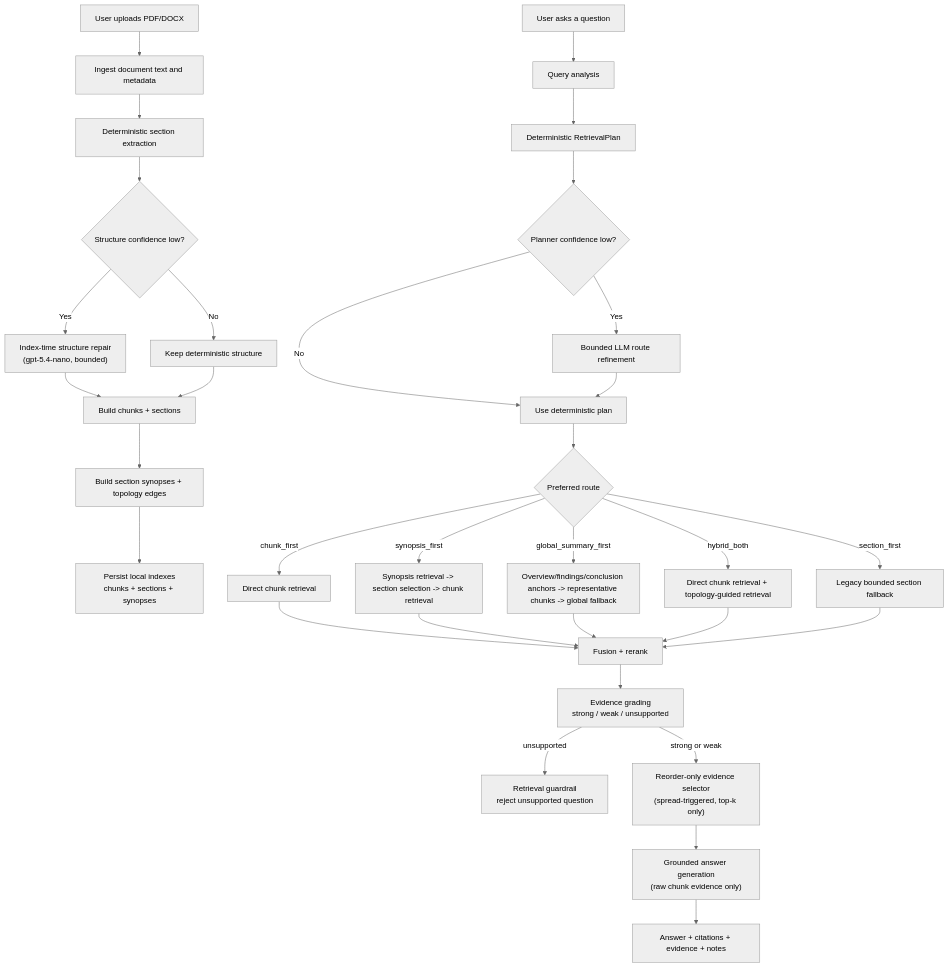
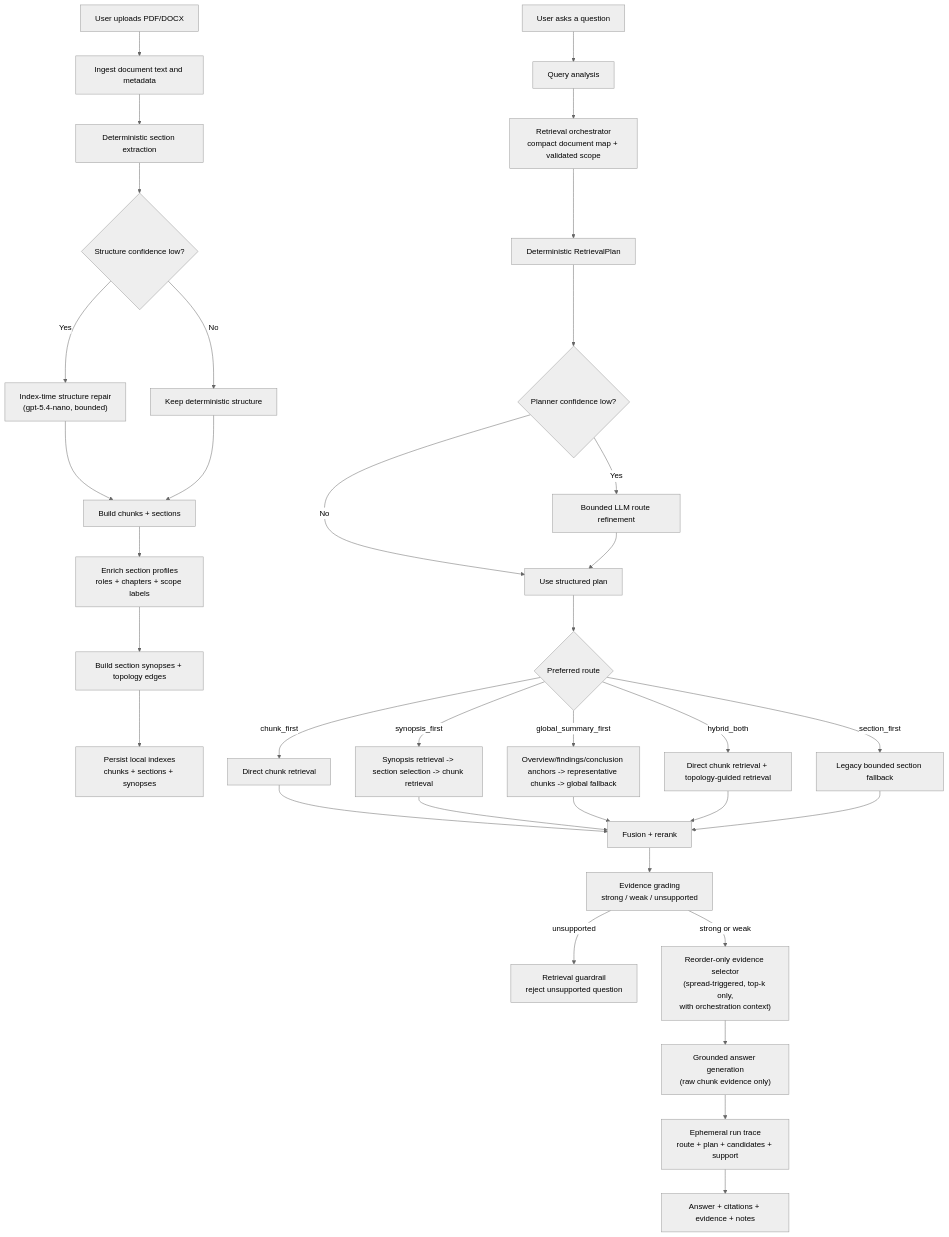
One commit to LEANDERANTONY/HelpmateAI_RAG_QA_System changed the diagram in docs/architecture-flow.md. Above: the diagram before and after it, drawn with Mermaid (neutral theme). The commit also changed other lines of this file and 38 other files, not shown here.

Commit message:
Add smart indexing orchestration and run traces

````diff
--- a/docs/architecture-flow.md
+++ b/docs/architecture-flow.md
@@ -13,38 +13,41 @@
 ```mermaid
 flowchart TD
     A["User uploads PDF/DOCX"] --> B["Ingest document text and metadata"]
     B --> C["Deterministic section extraction"]
     C --> D{"Structure confidence low?"}
     D -->|Yes| E["Index-time structure repair\n(gpt-5.4-nano, bounded)"]
     D -->|No| F["Keep deterministic structure"]
     E --> G["Build chunks + sections"]
     F --> G
-    G --> H["Build section synopses + topology edges"]
-    H --> I["Persist local indexes\nchunks + sections + synopses"]
+    G --> H["Enrich section profiles\nroles + chapters + scope labels"]
+    H --> I["Build section synopses + topology edges"]
+    I --> IA["Persist local indexes\nchunks + sections + synopses"]
 
     J["User asks a question"] --> K["Query analysis"]
-    K --> L["Deterministic RetrievalPlan"]
-    L --> M{"Planner confidence low?"}
-    M -->|Yes| N["Bounded LLM route refinement"]
-    M -->|No| O["Use deterministic plan"]
-    N --> O
+    K --> L["Retrieval orchestrator\ncompact document map + validated scope"]
+    L --> M["Deterministic RetrievalPlan"]
+    M --> N{"Planner confidence low?"}
+    N -->|Yes| O["Bounded LLM route refinement"]
+    N -->|No| P0["Use structured plan"]
+    O --> P0
 
-    O --> P{"Preferred route"}
+    P0 --> P{"Preferred route"}
     P -->|chunk_first| Q["Direct chunk retrieval"]
     P -->|synopsis_first| R["Synopsis retrieval -> section selection -> chunk retrieval"]
     P -->|global_summary_first| S["Overview/findings/conclusion anchors -> representative chunks -> global fallback"]
     P -->|hybrid_both| T["Direct chunk retrieval + topology-guided retrieval"]
     P -->|section_first| U["Legacy bounded section fallback"]
 
     Q --> V["Fusion + rerank"]
     R --> V
     S --> V
     T --> V
     U --> V
 
     V --> W["Evidence grading\nstrong / weak / unsupported"]
     W -->|unsupported| X["Retrieval guardrail\nreject unsupported question"]
-    W -->|strong or weak| Y["Reorder-only evidence selector\n(spread-triggered, top-k only)"]
+    W -->|strong or weak| Y["Reorder-only evidence selector\n(spread-triggered, top-k only,\nwith orchestration context)"]
     Y --> Z["Grounded answer generation\n(raw chunk evidence only)"]
-    Z --> AA["Answer + citations + evidence + notes"]
+    Z --> AA["Ephemeral run trace\nroute + plan + candidates + support"]
+    AA --> AB["Answer + citations + evidence + notes"]
 ```
````
